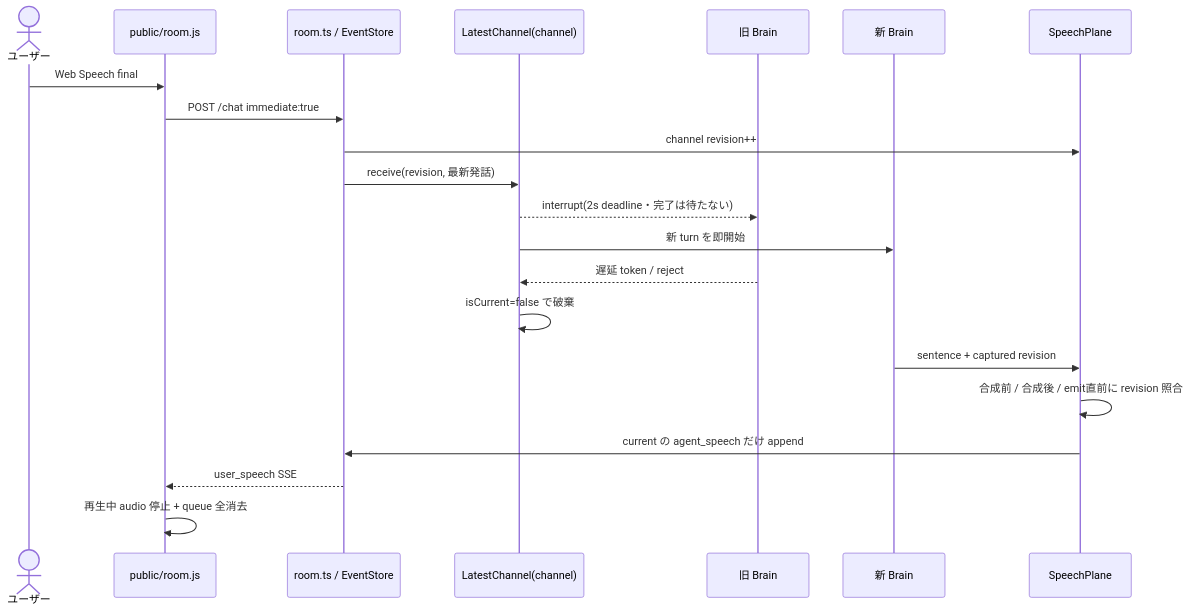
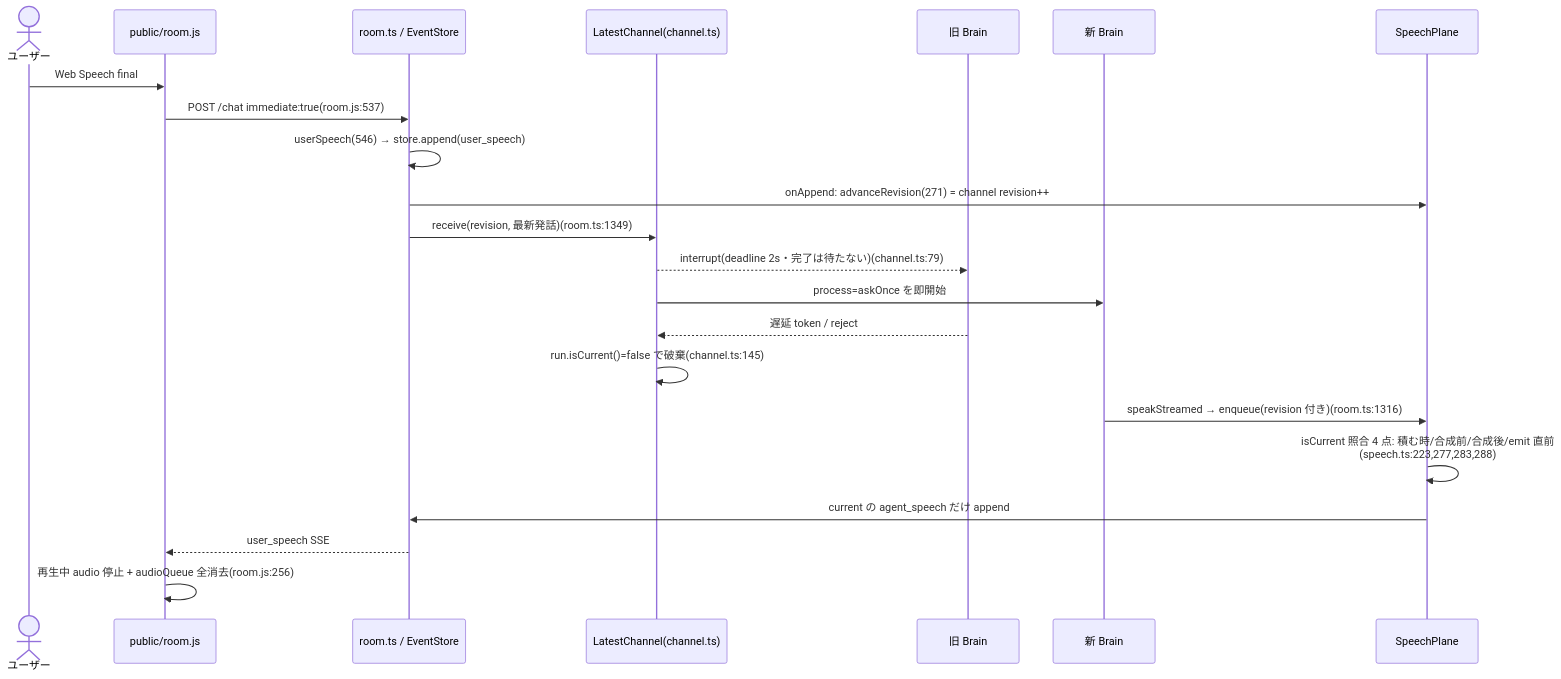
One commit to shibu003/talkingclaw changed the fifth of 10 diagrams in docs/diagrams.md. Above: the diagram before and after it, drawn with Mermaid. The commit also changed other lines of this file and 58 other files, not shown here.

````diff
--- a/docs/diagrams.md
+++ b/docs/diagrams.md
@@ -97,23 +242,24 @@
 ```mermaid
 sequenceDiagram
   actor U as ユーザー
   participant W as public/room.js
   participant R as room.ts / EventStore
-  participant C as LatestChannel(channel)
+  participant C as LatestChannel(channel.ts)
   participant B1 as 旧 Brain
   participant B2 as 新 Brain
   participant S as SpeechPlane
   U->>W: Web Speech final
-  W->>R: POST /chat immediate:true
-  R->>S: channel revision++
-  R->>C: receive(revision, 最新発話)
-  C-->>B1: interrupt(2s deadline・完了は待たない)
-  C->>B2: 新 turn を即開始
+  W->>R: POST /chat immediate:true(room.js:537)
+  R->>R: userSpeech(546) → store.append(user_speech)
+  R->>S: onAppend: advanceRevision(271) = channel revision++
+  R->>C: receive(revision, 最新発話)(room.ts:1349)
+  C-->>B1: interrupt(deadline 2s・完了は待たない)(channel.ts:79)
+  C->>B2: process=askOnce を即開始
   B1-->>C: 遅延 token / reject
-  C->>C: isCurrent=false で破棄
-  B2->>S: sentence + captured revision
-  S->>S: 合成前 / 合成後 / emit直前に revision 照合
+  C->>C: run.isCurrent()=false で破棄(channel.ts:145)
+  B2->>S: speakStreamed → enqueue(revision 付き)(room.ts:1316)
+  S->>S: isCurrent 照合 4 点: 積む時/合成前/合成後/emit 直前<br>(speech.ts:223,277,283,288)
   S->>R: current の agent_speech だけ append
   R-->>W: user_speech SSE
-  W->>W: 再生中 audio 停止 + queue 全消去
+  W->>W: 再生中 audio 停止 + audioQueue 全消去(room.js:256)
 ```
````
